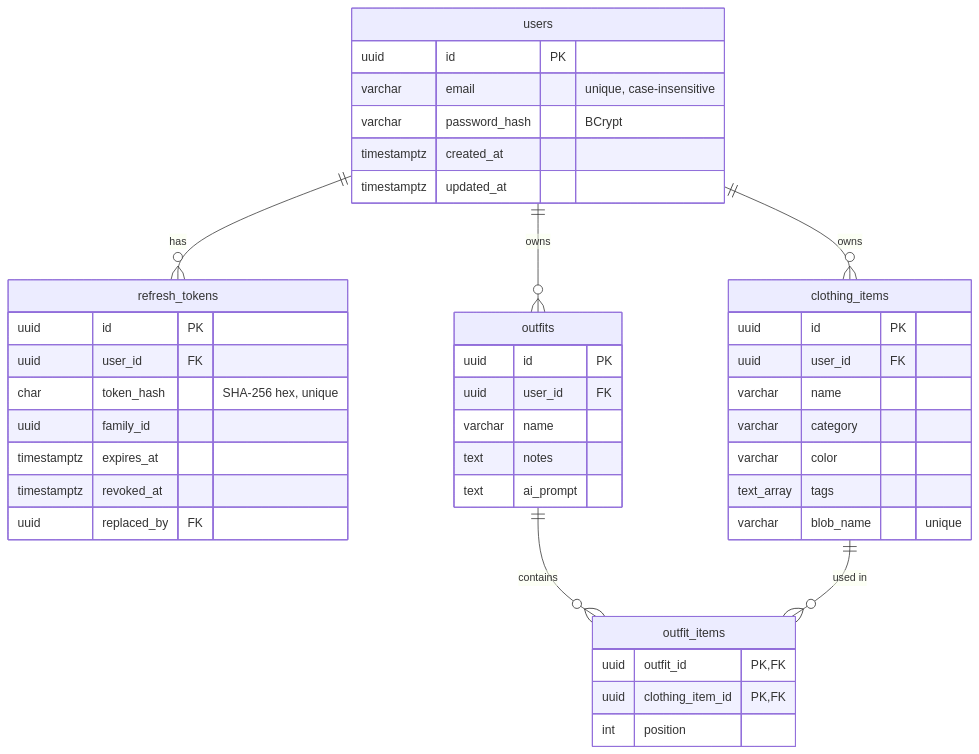
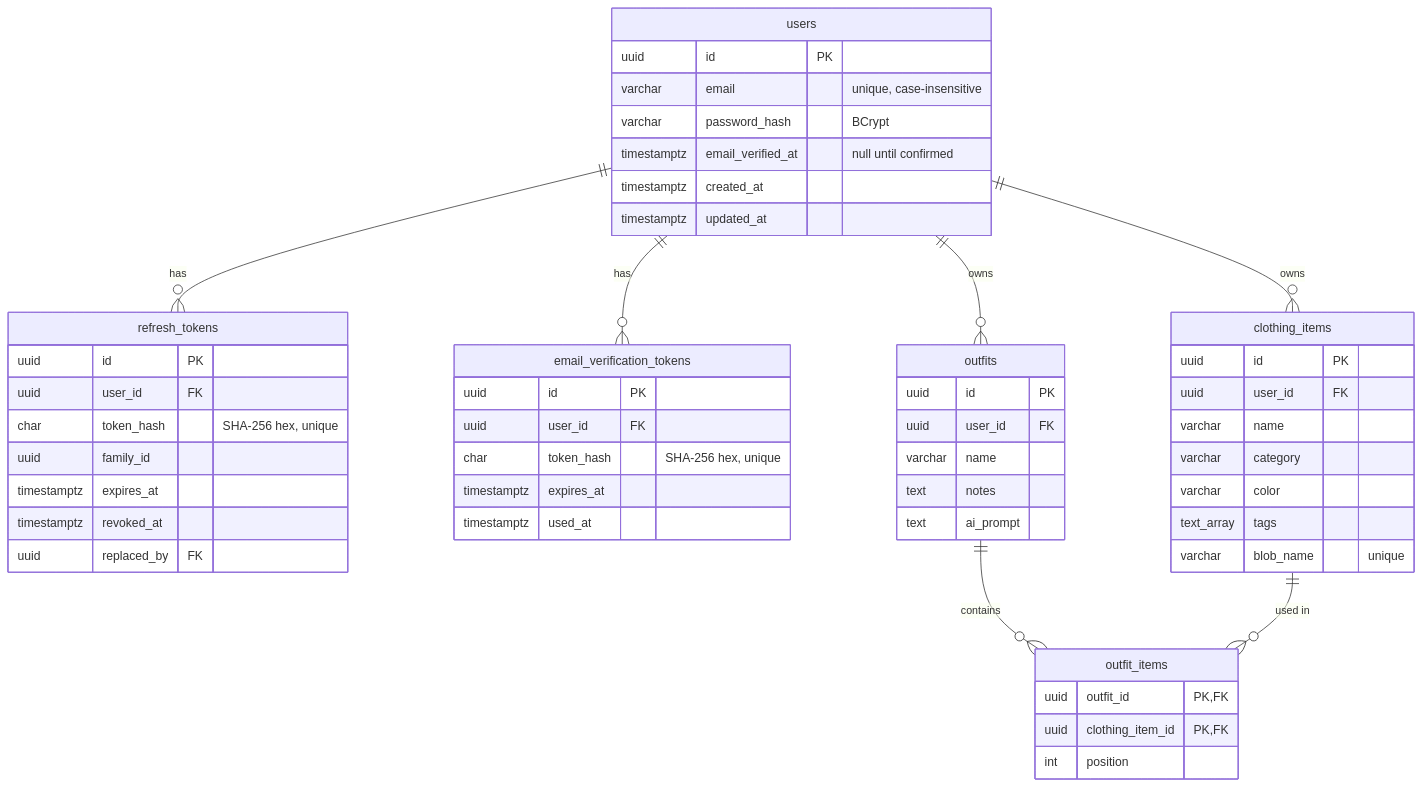
Before and after one commit to jessicamorris30/FitCheck: the diagram in docs/DATABASE.md, drawn with Mermaid. The commit also changed 37 other files, not shown here.

First line of the commit message:
Phase 1.8: Email verification on sign-up

````diff
--- a/docs/DATABASE.md
+++ b/docs/DATABASE.md
@@ -9,46 +9,55 @@
 ```mermaid
 erDiagram
   users ||--o{ refresh_tokens : has
+  users ||--o{ email_verification_tokens : has
   users ||--o{ clothing_items : owns
   users ||--o{ outfits : owns
   outfits ||--o{ outfit_items : contains
   clothing_items ||--o{ outfit_items : "used in"
 
   users {
     uuid id PK
     varchar email "unique, case-insensitive"
     varchar password_hash "BCrypt"
+    timestamptz email_verified_at "null until confirmed"
     timestamptz created_at
     timestamptz updated_at
   }
   refresh_tokens {
     uuid id PK
     uuid user_id FK
     char token_hash "SHA-256 hex, unique"
     uuid family_id
     timestamptz expires_at
     timestamptz revoked_at
     uuid replaced_by FK
+  }
+  email_verification_tokens {
+    uuid id PK
+    uuid user_id FK
+    char token_hash "SHA-256 hex, unique"
+    timestamptz expires_at
+    timestamptz used_at
   }
   clothing_items {
     uuid id PK
     uuid user_id FK
     varchar name
     varchar category
     varchar color
     text_array tags
     varchar blob_name "unique"
   }
   outfits {
     uuid id PK
     uuid user_id FK
     varchar name
     text notes
     text ai_prompt
   }
   outfit_items {
     uuid outfit_id PK,FK
     uuid clothing_item_id PK,FK
     int position
   }
 ```
````
